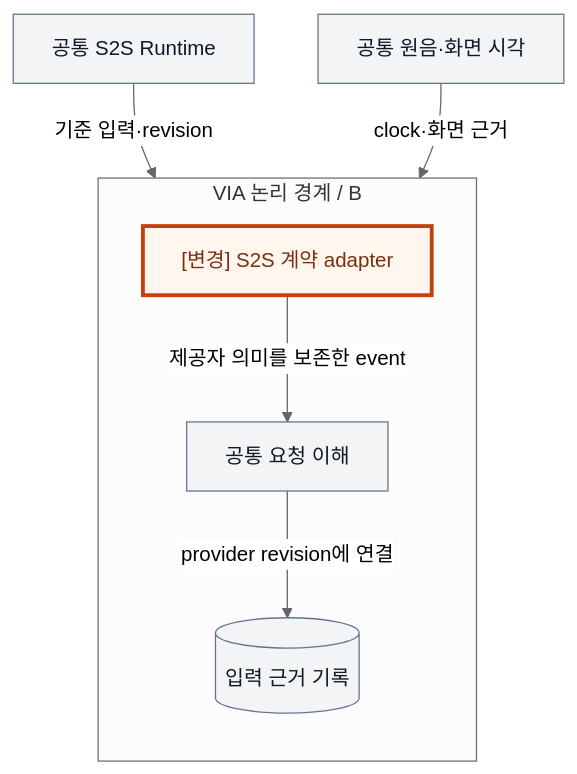
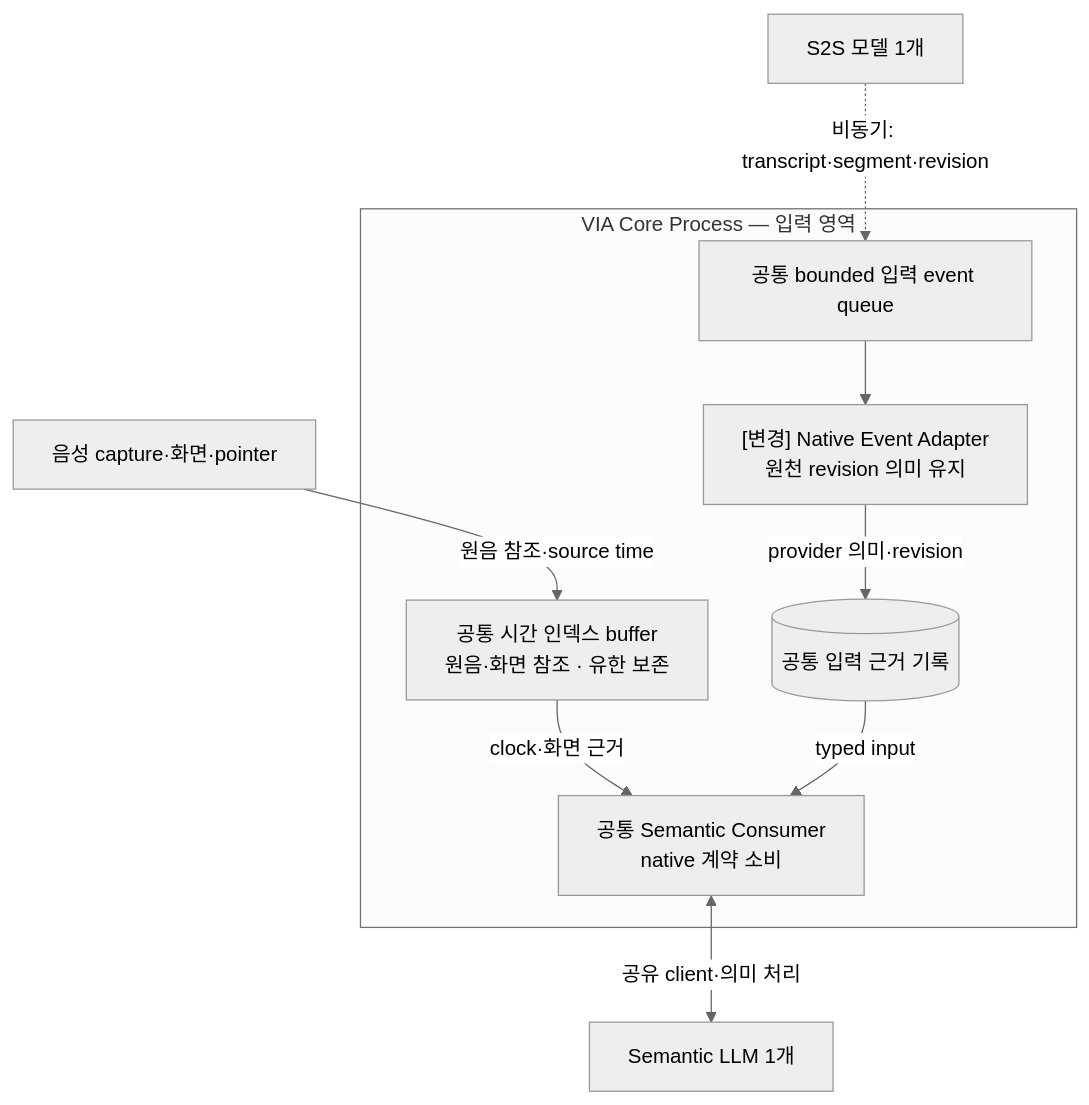
Before and after one commit to cbyche/via-sw-architecture: the third of 4 diagrams in docs/architecture/12-decisions/via-dp-03-voice-evidence.md, drawn with Mermaid (neutral theme). The commit also changed other lines of this file and 59 other files, not shown here.

Commit message:
docs: consolidate comprehensive VIA decision inventory and implementation diagrams

````diff
--- a/docs/architecture/12-decisions/via-dp-03-voice-evidence.md
+++ b/docs/architecture/12-decisions/via-dp-03-voice-evidence.md
@@ -70,15 +80,12 @@
 ```mermaid
 flowchart TB
- S["공통 S2S Runtime"] -->|기준 입력·revision| N
- R["공통 원음·화면 시각"] -->|clock·화면 근거| C
- subgraph V["VIA 논리 경계 / B"]
- direction TB
- N["[변경] S2S 계약 adapter"] -->|제공자 의미를 보존한 event| C["공통 요청 이해"]
- C -->|provider revision에 연결| E[("입력 근거 기록")]
+ S["S2S 모델 1개"] -.->|"비동기: transcript·segment·revision"| Q
+ R["음성 capture·화면·pointer"] -->|"원음 참조·source time"| B
+ subgraph V["VIA Core Process — 입력 영역"]
+ Q["공통 bounded 입력 event queue"] --> N["[변경] Native Event Adapter<br/>원천 revision 의미 유지"]
+ B["공통 시간 인덱스 buffer<br/>원음·화면 참조 · 유한 보존"] -->|"clock·화면 근거"| C
+ N -->|"provider 의미·revision"| E[("공통 입력 근거 기록")]
+ E -->|"typed input"| C["공통 Semantic Consumer<br/>native 계약 소비"]
  end
-
-classDef common fill:#F3F4F6,stroke:#64748B,color:#111827;
-classDef change fill:#FFF7ED,stroke:#C2410C,stroke-width:3px,color:#7C2D12;
-class S,R,C,E common;
-class N change;
+ C <-->|"공유 client·의미 처리"| M["Semantic LLM 1개"]
 ```
````
